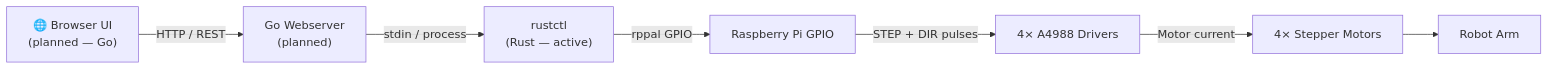
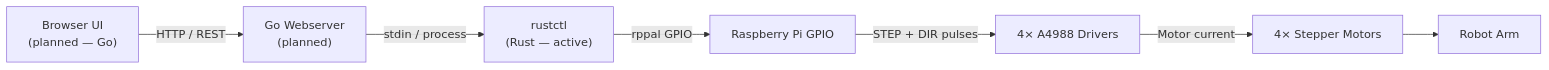
One commit to HASE-HGV/Roboterarm-HASE changed the second of 5 diagrams in README.md. Above: the diagram before and after it, drawn with Mermaid. The commit also changed other lines of this file, not shown here.

````diff
--- a/README.md
+++ b/README.md
@@ -223,17 +223,17 @@
 ```mermaid
 flowchart LR
-    Browser["🌐 Browser UI\n(planned — Go)"]
+    Browser["Browser UI\n(planned — Go)"]
     WebServer["Go Webserver\n(planned)"]
     rustctl["rustctl\n(Rust — active)"]
     GPIO["Raspberry Pi GPIO"]
     A4988s["4× A4988 Drivers"]
     Motors["4× Stepper Motors"]
     Arm["Robot Arm"]
 
     Browser -->|"HTTP / REST"| WebServer
     WebServer -->|"stdin / process"| rustctl
     rustctl -->|"rppal GPIO"| GPIO
     GPIO -->|"STEP + DIR pulses"| A4988s
     A4988s -->|"Motor current"| Motors
     Motors --> Arm
 ```
````
